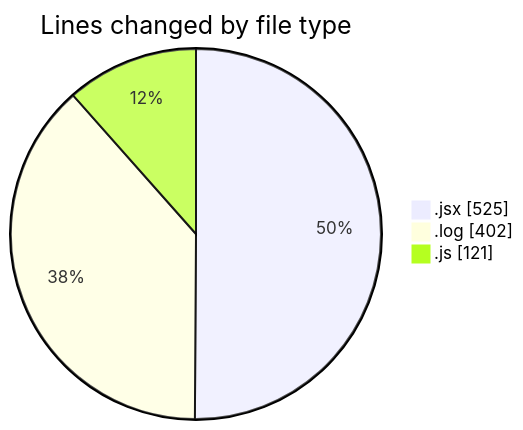
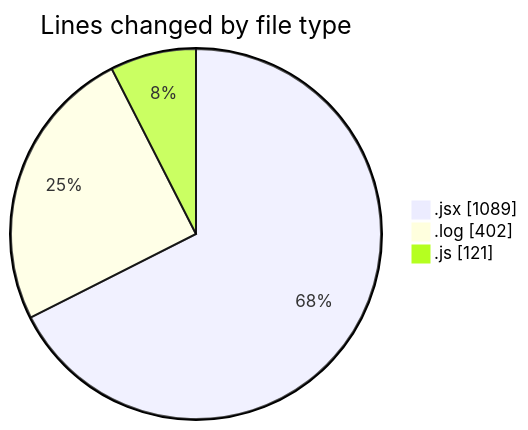
One commit to nxtqubesakshisongat/code-tracking changed the first of 2 diagrams in 2025-05-02/nxtqube_webapp/README.md. Above: the diagram before and after it, drawn with Mermaid. The commit also changed other lines of this file and 1 other file, not shown here.

````diff
--- a/2025-05-02/nxtqube_webapp/README.md
+++ b/2025-05-02/nxtqube_webapp/README.md
@@ -23,7 +24,7 @@
 ```mermaid
 pie showData
 title Lines changed by file type
-".jsx" : 525
+".jsx" : 1089
 ".log" : 402
 ".js" : 121
 ```
````
